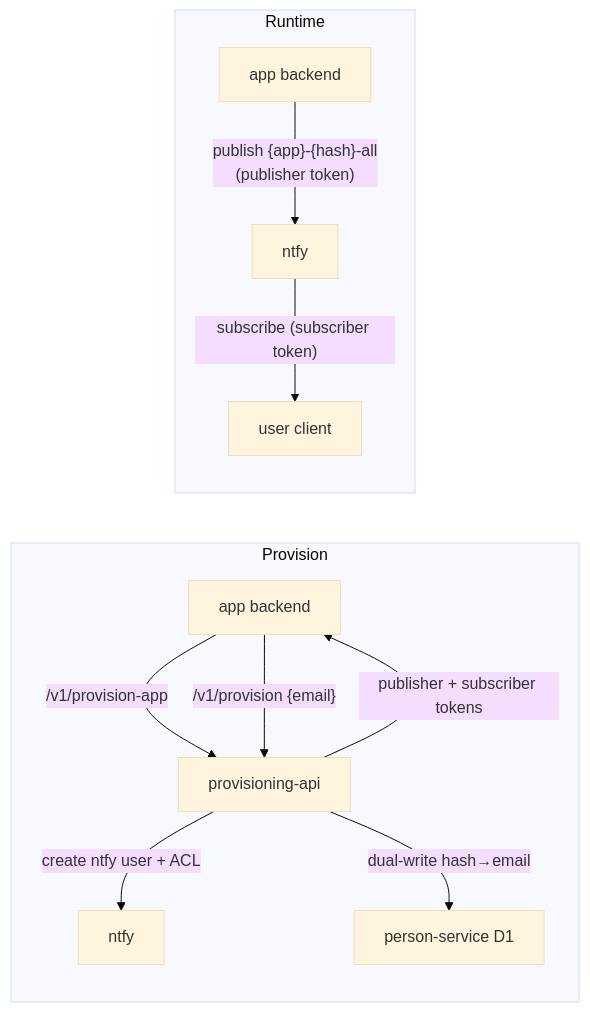
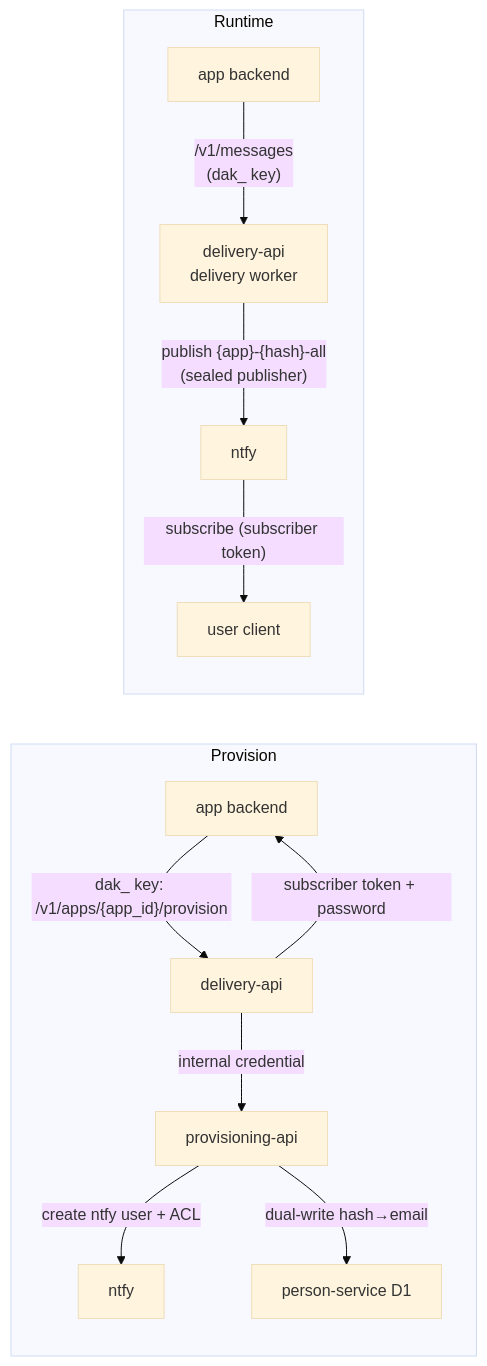
One commit to 4IRL/4irl-notifs changed the third of 4 diagrams in ARCHITECTURE.md. Above: the diagram before and after it, drawn with Mermaid (base theme). The commit also changed other lines of this file and 1 other file, not shown here.

First line of the commit message:
[docs] Update ARCHITECTURE.md for the provisioning one-door flow

````diff
--- a/ARCHITECTURE.md
+++ b/ARCHITECTURE.md
@@ -568,14 +575,15 @@
 ```mermaid
 graph LR
   subgraph Provision
-    APP1["app backend"] -->|"/v1/provision-app"| P["provisioning-api"]
-    APP1 -->|"/v1/provision {email}"| P
+    APP1["app backend"] -->|"dak_ key: /v1/apps/{app_id}/provision"| DLV1["delivery-api"]
+    DLV1 -->|internal credential| P["provisioning-api"]
     P -->|create ntfy user + ACL| NTFY["ntfy"]
     P -->|"dual-write hash→email"| D1["person-service D1"]
-    P -->|publisher + subscriber tokens| APP1
+    DLV1 -->|"subscriber token + password"| APP1
   end
   subgraph Runtime
-    APP2["app backend"] -->|"publish {app}-{hash}-all<br/>(publisher token)"| NTFY2["ntfy"]
+    APP2["app backend"] -->|"/v1/messages<br/>(dak_ key)"| DLV2["delivery-api<br/>delivery worker"]
+    DLV2 -->|"publish {app}-{hash}-all<br/>(sealed publisher)"| NTFY2["ntfy"]
     NTFY2 -->|"subscribe (subscriber token)"| USER["user client"]
   end
 ```
````
